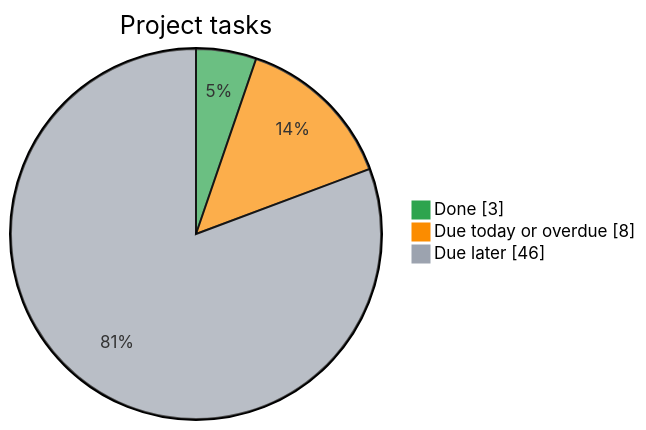
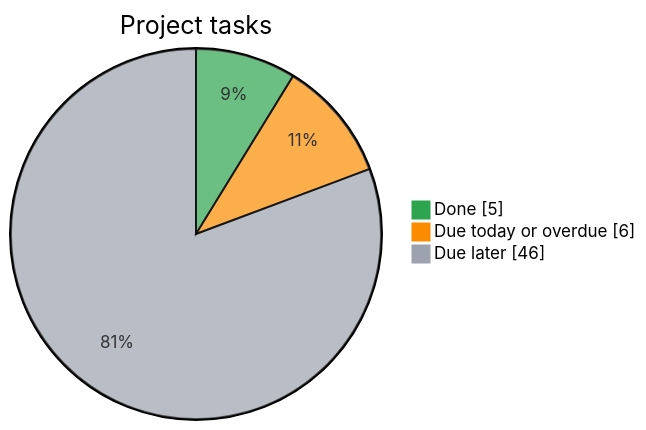
Before and after one commit to Kr1sKros/IKT466-Corporate-Bankruptcy-Predictor: the diagram in README.md, drawn with Mermaid. The commit also changed other lines of this file, not shown here.

Commit message:
docs: refresh task dashboard

````diff
--- a/README.md
+++ b/README.md
@@ -8,8 +8,8 @@
 ```mermaid
 %%{init: {"themeVariables": {"pie1": "#2da44e", "pie2": "#fb8c00", "pie3": "#9ca3af"}}}%%
 pie showData
     title Project tasks
-    "Done" : 3
-    "Due today or overdue" : 8
+    "Done" : 5
+    "Due today or overdue" : 6
     "Due later" : 46
 ```
````
